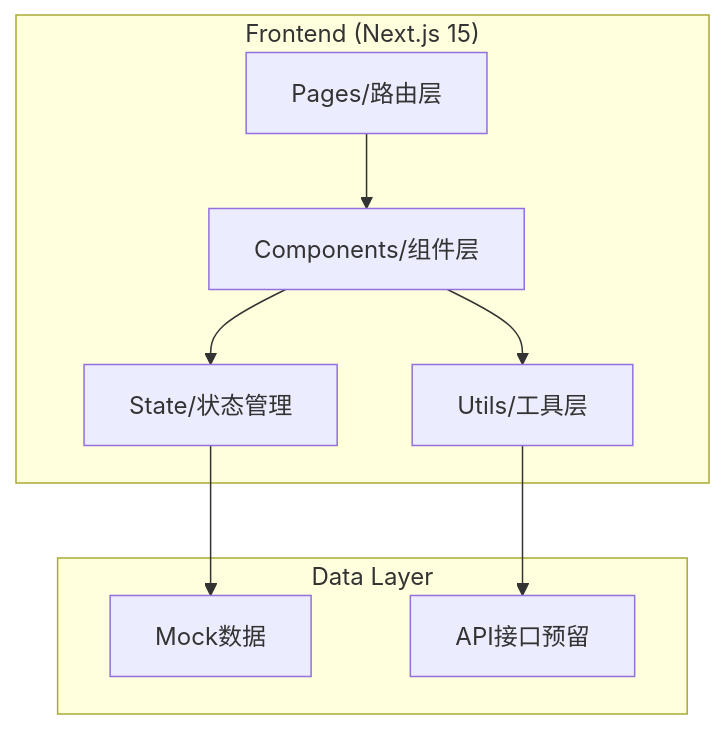
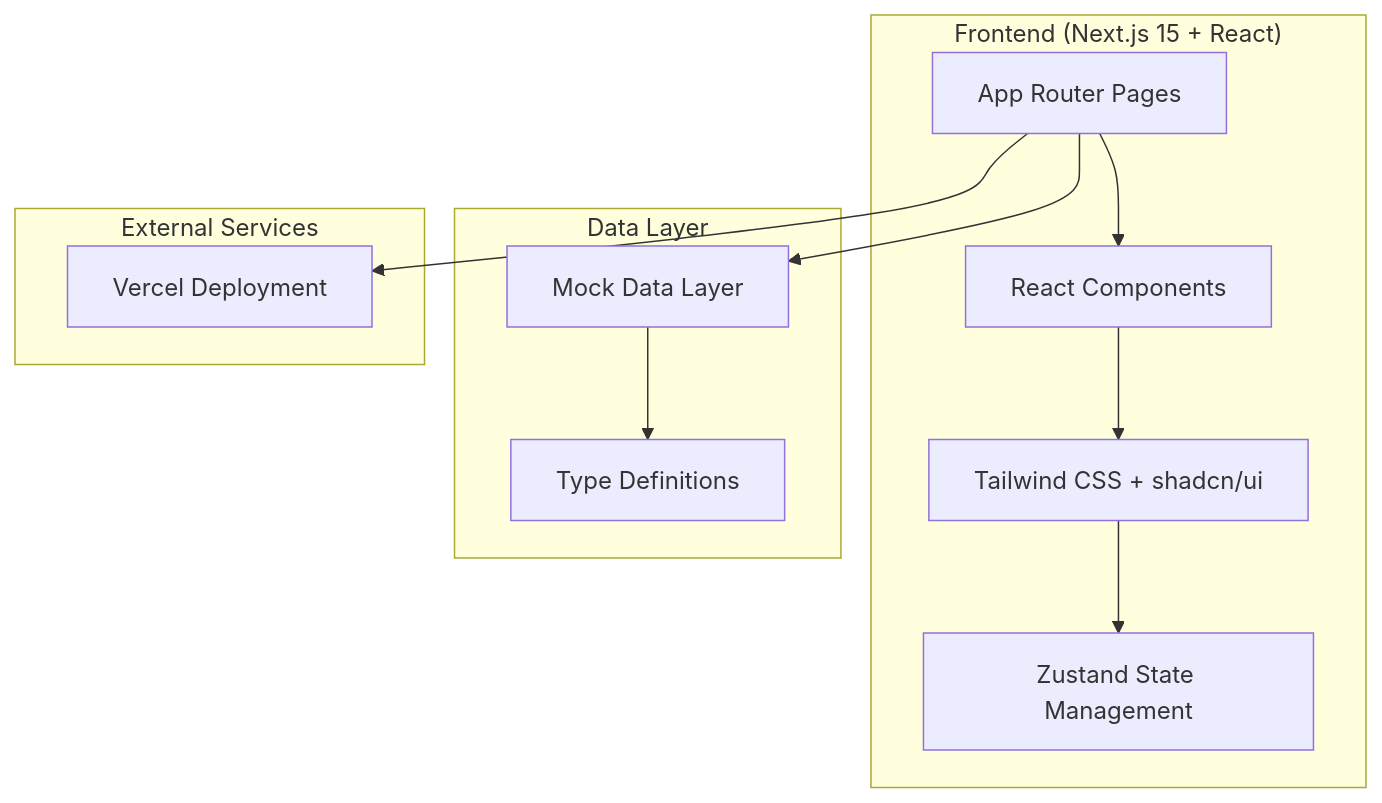
One commit to xiaoli897/tuzuh changed the diagram in .trae/documents/arch.md. Above: the diagram before and after it, drawn with Mermaid. The commit also changed other lines of this file and 33 other files, not shown here.

````diff
--- a/.trae/documents/arch.md
+++ b/.trae/documents/arch.md
@@ -5,20 +5,19 @@
 ```mermaid
 graph TB
-    subgraph "Frontend (Next.js 15)"
-        A[Pages/路由层]
-        B[Components/组件层]
-        C[State/状态管理]
-        D[Utils/工具层]
+    subgraph "Frontend (Next.js 15 + React)"
+        A[App Router Pages] --> B[React Components]
+        B --> C[Tailwind CSS + shadcn/ui]
+        C --> D[Zustand State Management]
     end
     
     subgraph "Data Layer"
-        E[Mock数据]
-        F[API接口预留]
+        E[Mock Data Layer] --> F[Type Definitions]
     end
     
-    A --> B
-    B --> C
-    B --> D
-    C --> E
-    D --> F
+    subgraph "External Services"
+        G[Vercel Deployment]
+    end
+    
+    A --> E
+    A --> G
 ```
````
